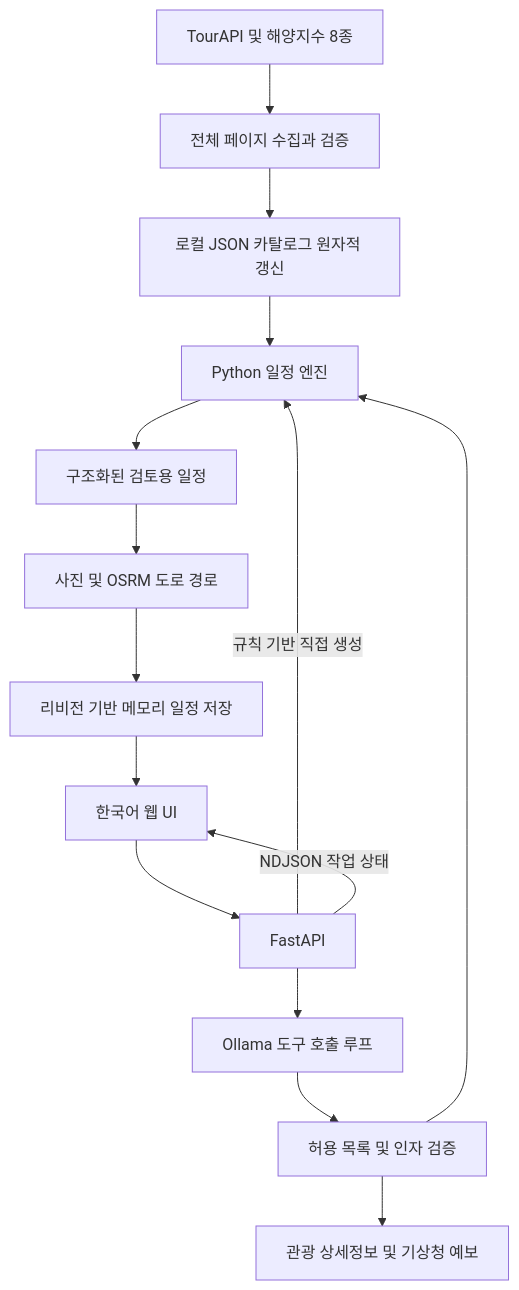
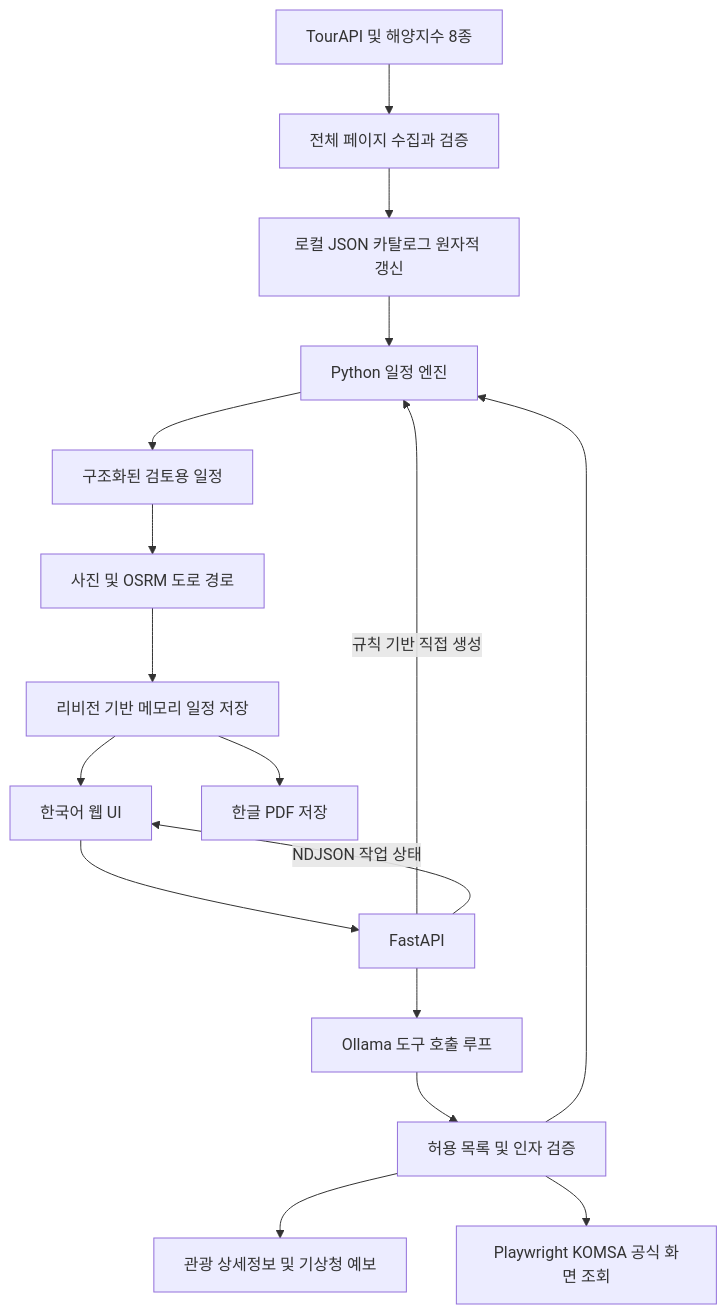
The diagram in README.ko.md (fortranmentis/marine-travel-AI-agent), drawn with Mermaid before and after one commit. The commit also changed other lines of this file and 38 other files, not shown here.

````diff
--- a/README.ko.md
+++ b/README.ko.md
@@ -98,17 +110,19 @@
 ```mermaid
 flowchart TD
     Sources[TourAPI 및 해양지수 8종] --> Sync[전체 페이지 수집과 검증]
     Sync --> Catalog[로컬 JSON 카탈로그 원자적 갱신]
     UI[한국어 웹 UI] --> API[FastAPI]
     API --> Agent[Ollama 도구 호출 루프]
     Agent --> Tools[허용 목록 및 인자 검증]
     Tools --> Planner[Python 일정 엔진]
     Tools --> Detail[관광 상세정보 및 기상청 예보]
     Catalog --> Planner
     API -->|규칙 기반 직접 생성| Planner
     Planner --> Plan[구조화된 검토용 일정]
     Plan --> Enrich[사진 및 OSRM 도로 경로]
     Enrich --> Store[리비전 기반 메모리 일정 저장]
     Store --> UI
+    Store --> PDF[한글 PDF 저장]
+    Tools --> Ferry[Playwright KOMSA 공식 화면 조회]
     API -->|NDJSON 작업 상태| UI
 ```
````
